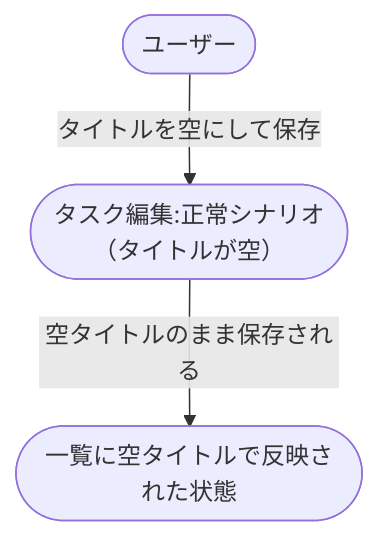
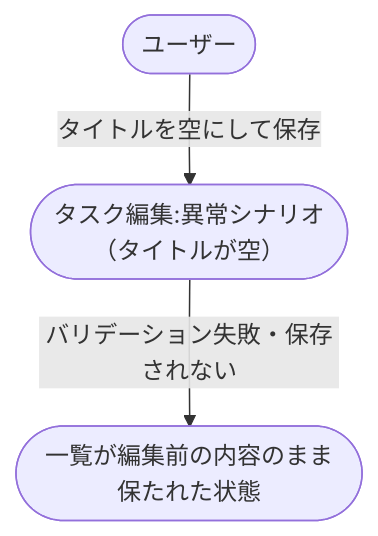
The second of 2 diagrams in docs/wiki/設計図/シナリオ/複合ユースケース/タスク編集から一覧反映.md (shuhei1101/ai-monitor-e2e), drawn with Mermaid before and after one commit. The commit also changed other lines of this file, not shown here.

Commit message:
タスク編集から一覧反映複合シナリオのタイトル空ケースを異常シナリオに修正

````diff
--- a/docs/wiki/設計図/シナリオ/複合ユースケース/タスク編集から一覧反映.md
+++ b/docs/wiki/設計図/シナリオ/複合ユースケース/タスク編集から一覧反映.md
@@ -43,7 +43,7 @@
 ```mermaid
 flowchart TD
-  U0([ユーザー]) -->|タイトルを空にして保存| UC1([タスク編集:正常シナリオ<br>（タイトルが空）])
-  UC1 -->|空タイトルのまま保存される| DONE([一覧に空タイトルで反映された状態])
+  U0([ユーザー]) -->|タイトルを空にして保存| UC1([タスク編集:異常シナリオ<br>（タイトルが空）])
+  UC1 -->|バリデーション失敗・保存されない| DONE([一覧が編集前の内容のまま保たれた状態])
 
-  click UC1 "../単一ユースケース/タスク編集.md#正常シナリオタイトルが空"
+  click UC1 "../単一ユースケース/タスク編集.md#異常シナリオタイトルが空"
 ```
````
